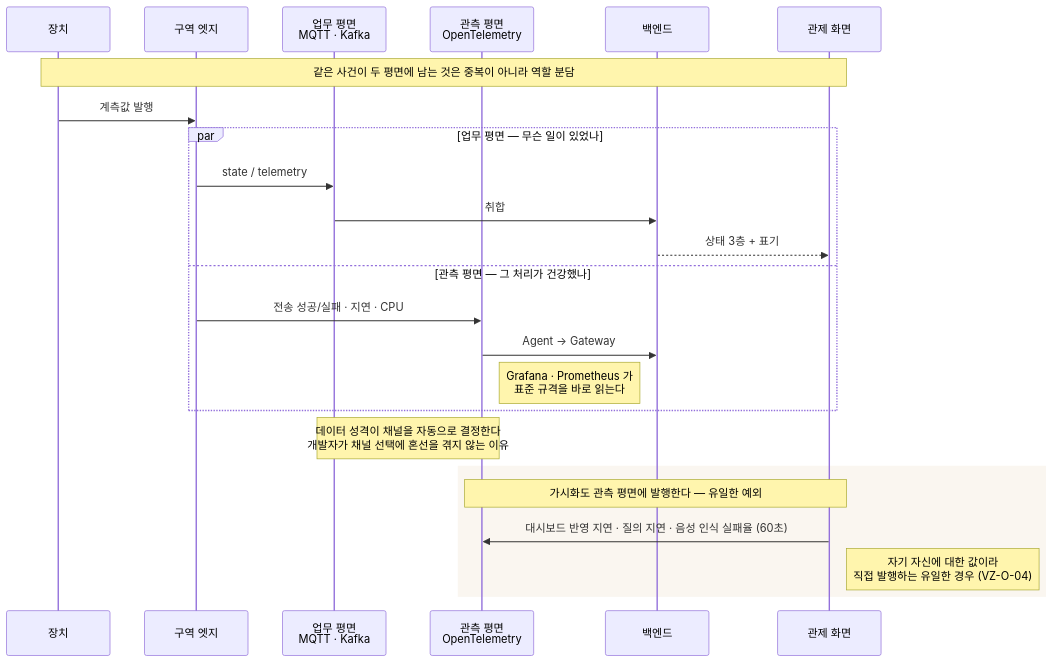
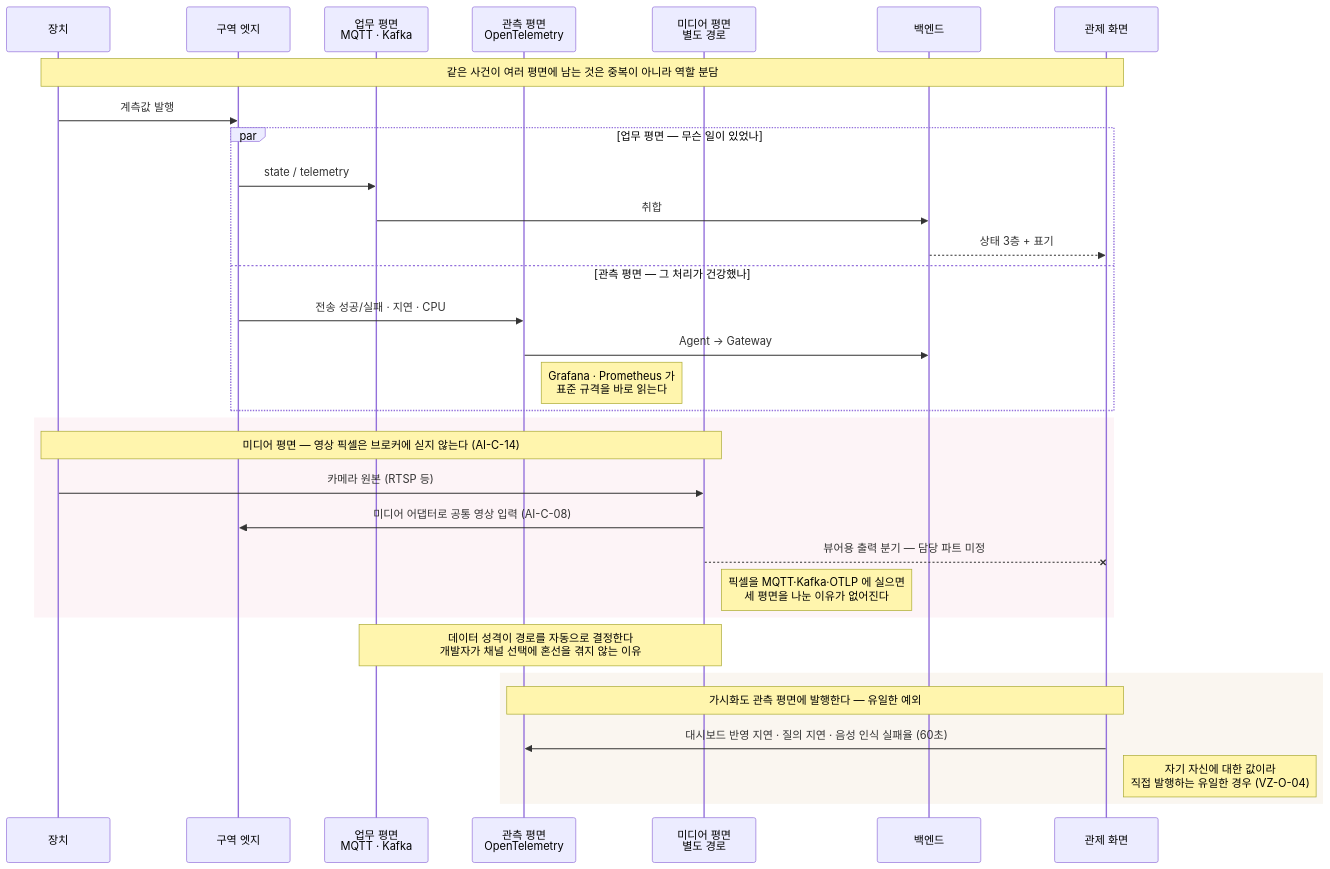
The second of 13 diagrams in docs/다이어그램_원본_mermaid.md (khw18033/Physical-Project-mk2), drawn with Mermaid before and after one commit. The commit also changed other lines of this file and 7 other files, not shown here.

````diff
--- a/docs/다이어그램_원본_mermaid.md
+++ b/docs/다이어그램_원본_mermaid.md
@@ -63,30 +81,39 @@
 ```mermaid
 sequenceDiagram
     participant D as 장치
     participant E as 구역 엣지
     participant M as 업무 평면<br/>MQTT · Kafka
     participant T as 관측 평면<br/>OpenTelemetry
+    participant X as 미디어 평면<br/>별도 경로
     participant B as 백엔드
     participant V as 관제 화면
 
-    Note over D,V: 같은 사건이 두 평면에 남는 것은 중복이 아니라 역할 분담
+    Note over D,V: 같은 사건이 여러 평면에 남는 것은 중복이 아니라 역할 분담
 
     D->>E: 계측값 발행
     par 업무 평면 — 무슨 일이 있었나
         E->>M: state / telemetry
         M->>B: 취합
         B-->>V: 상태 3층 + 표기
     and 관측 평면 — 그 처리가 건강했나
         E->>T: 전송 성공/실패 · 지연 · CPU
         T->>B: Agent → Gateway
         Note right of T: Grafana · Prometheus 가<br/>표준 규격을 바로 읽는다
     end
 
-    Note over M,T: 데이터 성격이 채널을 자동으로 결정한다<br/>개발자가 채널 선택에 혼선을 겪지 않는 이유
+    rect rgb(253,244,247)
+    Note over D,X: 미디어 평면 — 영상 픽셀은 브로커에 싣지 않는다 (AI-C-14)
+    D->>X: 카메라 원본 (RTSP 등)
+    X->>E: 미디어 어댑터로 공통 영상 입력 (AI-C-08)
+    X--xV: 뷰어용 출력 분기 — 담당 파트 미정
+    Note right of X: 픽셀을 MQTT·Kafka·OTLP 에 실으면<br/>세 평면을 나눈 이유가 없어진다
+    end
+
+    Note over M,X: 데이터 성격이 경로를 자동으로 결정한다<br/>개발자가 채널 선택에 혼선을 겪지 않는 이유
 
     rect rgb(250,246,240)
     Note over V,T: 가시화도 관측 평면에 발행한다 — 유일한 예외
     V->>T: 대시보드 반영 지연 · 질의 지연 · 음성 인식 실패율 (60초)
     Note right of V: 자기 자신에 대한 값이라<br/>직접 발행하는 유일한 경우 (VZ-O-04)
     end
 ```
````
